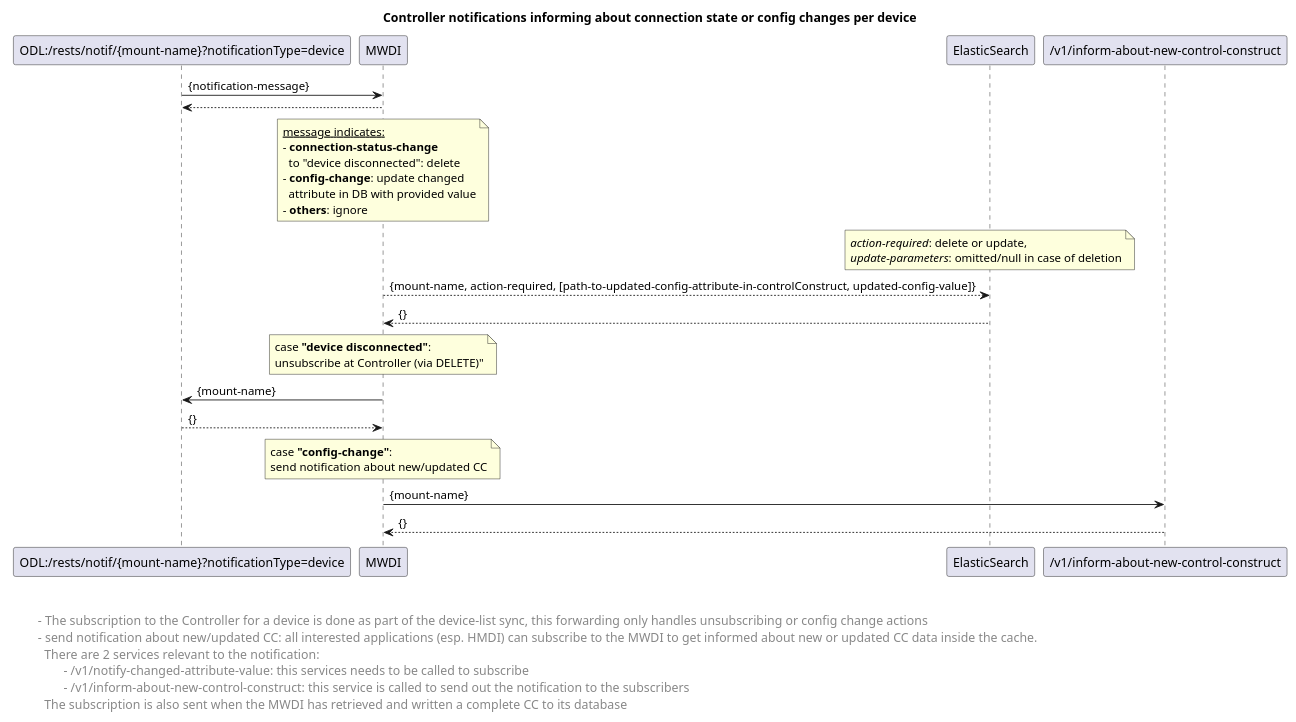
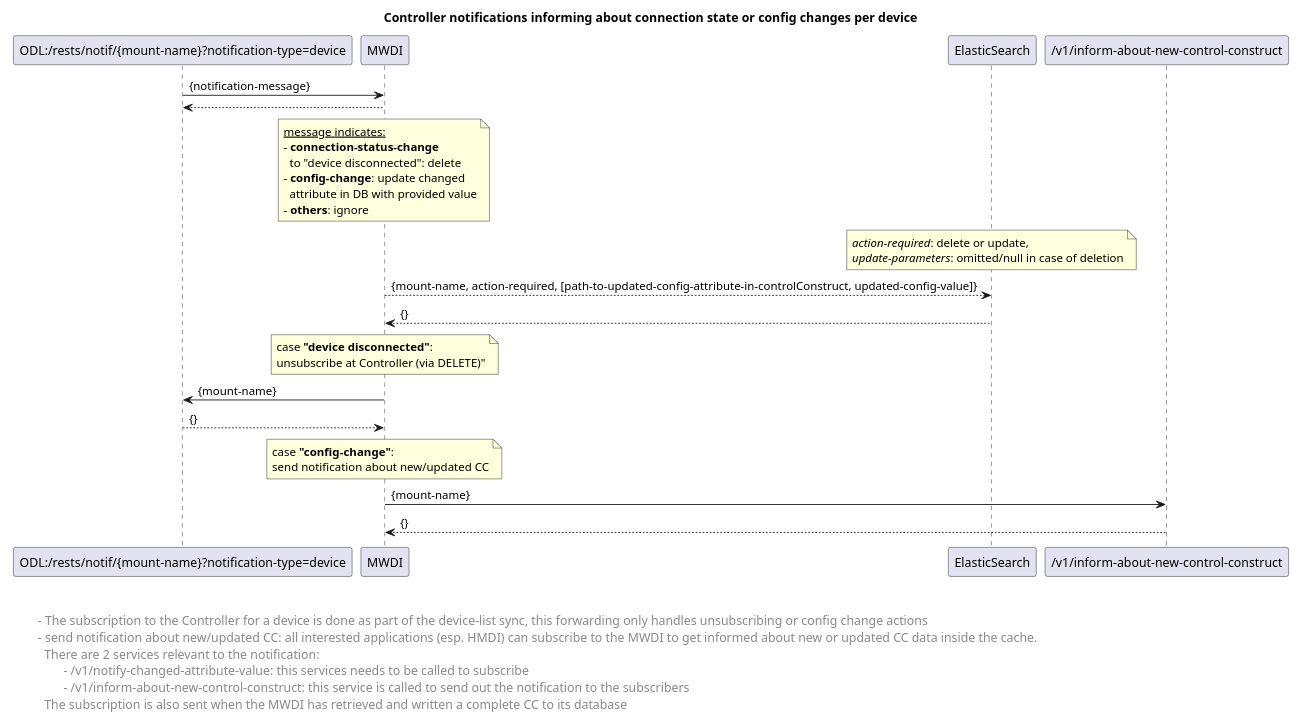
Before and after one commit to openBackhaul/MicroWaveDeviceInventory: the diagram in spec/diagrams/other-process-flows/controlflow_no_forwarding_ControllerNotification.plantuml, drawn with PlantUML. The commit also changed 6 other files, not shown here.

```diff
--- a/spec/diagrams/other-process-flows/controlflow_no_forwarding_ControllerNotification.plantuml
+++ b/spec/diagrams/other-process-flows/controlflow_no_forwarding_ControllerNotification.plantuml
@@ -1,53 +1,53 @@
 @startuml
 skinparam responseMessageBelowArrow true
 
 title Controller notifications informing about connection state or config changes per device
 
 'receive the notification
-"ODL:/rests/notif/{mount-name}?notificationType=device" -> "MWDI": {notification-message}
-"MWDI" --> "ODL:/rests/notif/{mount-name}?notificationType=device"
+"ODL:/rests/notif/{mount-name}?notification-type=device" -> "MWDI": {notification-message}
+"MWDI" --> "ODL:/rests/notif/{mount-name}?notification-type=device"
 
 note over "MWDI"
  <u>message indicates:</u>
  - <b>connection-status-change</b> 
    to "device disconnected": delete
  - <b>config-change</b>: update changed 
    attribute in DB with provided value
  - <b>others</b>: ignore
 end note
 note over "ElasticSearch": <i>action-required</i>: delete or update, \n<i>update-parameters</i>: omitted/null in case of deletion
 
 
 "MWDI" --> "ElasticSearch": {mount-name, action-required, [path-to-updated-config-attribute-in-controlConstruct, updated-config-value]}
 "ElasticSearch" --> "MWDI": {}
 
 note over "MWDI": case <b>"device disconnected"</b>: \nunsubscribe at Controller (via DELETE)"
 
-"MWDI" -> "ODL:/rests/notif/{mount-name}?notificationType=device": {mount-name}
-"ODL:/rests/notif/{mount-name}?notificationType=device" --> "MWDI": {}
+"MWDI" -> "ODL:/rests/notif/{mount-name}?notification-type=device": {mount-name}
+"ODL:/rests/notif/{mount-name}?notification-type=device" --> "MWDI": {}
 
 note over "MWDI": case <b>"config-change"</b>: \nsend notification about new/updated CC
 "MWDI" -> "/v1/inform-about-new-control-construct": {mount-name}
 "/v1/inform-about-new-control-construct" --> "MWDI": {}
 
 
 left footer 
 
 
  \t - The subscription to the Controller for a device is done as part of the device-list sync, this forwarding only handles unsubscribing or config change actions
  \t - send notification about new/updated CC: all interested applications (esp. HMDI) can subscribe to the MWDI to get informed about new or updated CC data inside the cache.
  \t   There are 2 services relevant to the notification:
  \t\t - /v1/notify-changed-attribute-value: this services needs to be called to subscribe
  \t\t - /v1/inform-about-new-control-construct: this service is called to send out the notification to the subscribers
  \t   The subscription is also sent when the MWDI has retrieved and written a complete CC to its database 
 end footer
 
 
 <style>
 footer {
   HorizontalAlignment left
   FontSize 14
 }
 </style>
 
 @enduml
```
